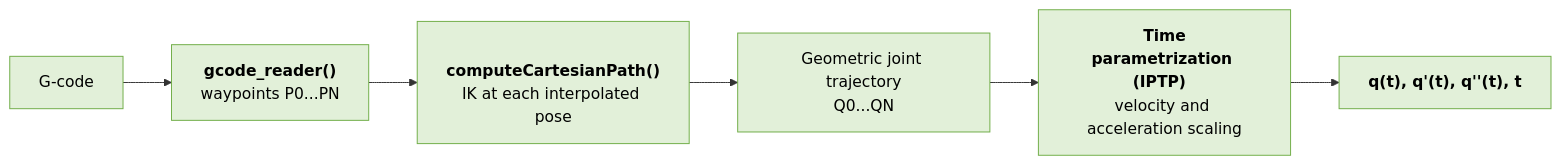
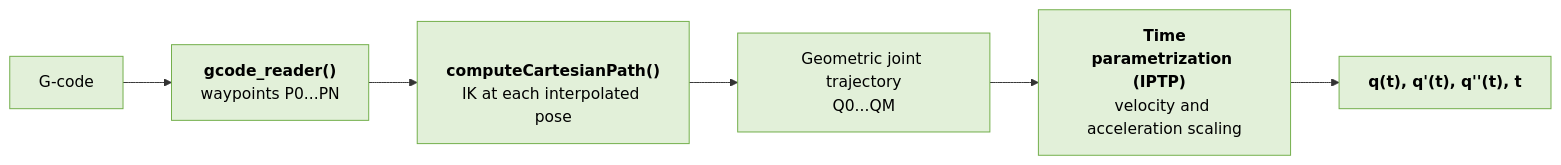
Before and after one commit to PedroAcero/tfm_workspace: the first of 2 diagrams in src/docs/planning.md, drawn with Mermaid. The commit also changed other lines of this file, not shown here.

````diff
--- a/src/docs/planning.md
+++ b/src/docs/planning.md
@@ -77,15 +75,15 @@
 ```mermaid
 flowchart LR
     A["G-code"] --> B["<b> gcode_reader() </b><br/>waypoints P0...PN"]
     B --> C["<b> computeCartesianPath()</b><br/>IK at each interpolated pose"]
-    C --> D["Geometric joint trajectory<br/>Q0...QN"]
+    C --> D["Geometric joint trajectory<br/>Q0...QM"]
     D --> E["<b> Time parametrization (IPTP) </b> <br/>velocity and acceleration scaling"]
     E --> F["<b> q(t), q'(t), q''(t), t </b>"]
 
     style A fill:#E2F0D9,stroke:#70AD47,color:#000
     style B fill:#E2F0D9,stroke:#70AD47,color:#000
     style C fill:#E2F0D9,stroke:#70AD47,color:#000
     style D fill:#E2F0D9,stroke:#70AD47,color:#000
     style E fill:#E2F0D9,stroke:#70AD47,color:#000
     style F fill:#E2F0D9,stroke:#70AD47,color:#000
 ```
````
